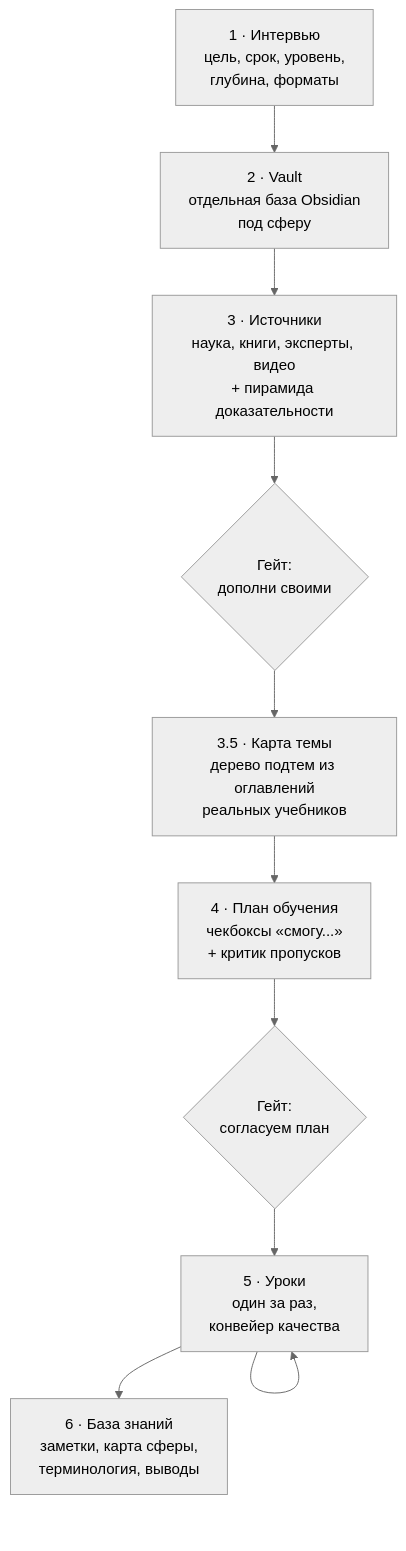
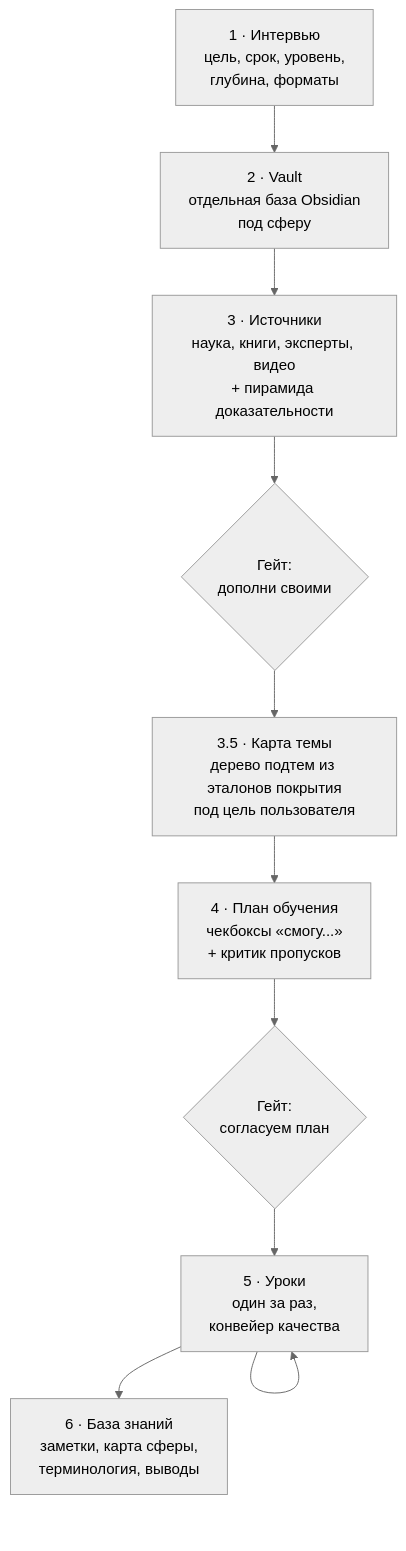
The first of 3 diagrams in README.md (cryptoyoginya/learneverything), drawn with Mermaid before and after one commit. The commit also changed other lines of this file and 5 other files, not shown here.

First line of the commit message:
Эталоны покрытия вместо оглавлений: тип эталона выбирается под цель пользователя

````diff
--- a/README.md
+++ b/README.md
@@ -23,13 +23,13 @@
 ```mermaid
 %%{init: {'theme':'neutral'}}%%
 graph TD
     A["1 · Интервью<br/>цель, срок, уровень,<br/>глубина, форматы"] --> B["2 · Vault<br/>отдельная база Obsidian<br/>под сферу"]
     B --> C["3 · Источники<br/>наука, книги, эксперты, видео<br/>+ пирамида доказательности"]
     C --> G1{"Гейт:<br/>дополни своими"}
-    G1 --> D["3.5 · Карта темы<br/>дерево подтем из оглавлений<br/>реальных учебников"]
+    G1 --> D["3.5 · Карта темы<br/>дерево подтем из эталонов покрытия<br/>под цель пользователя"]
     D --> E["4 · План обучения<br/>чекбоксы «смогу...»<br/>+ критик пропусков"]
     E --> G2{"Гейт:<br/>согласуем план"}
     G2 --> F["5 · Уроки<br/>один за раз,<br/>конвейер качества"]
     F --> F
     F --> H["6 · База знаний<br/>заметки, карта сферы,<br/>терминология, выводы"]
 ```
````
